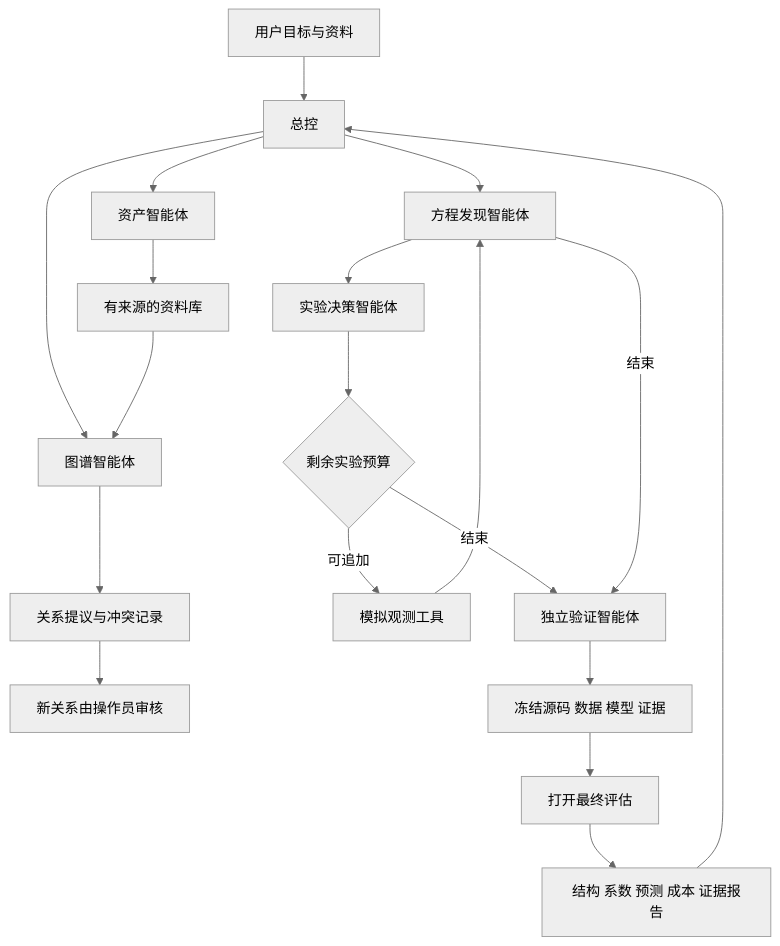
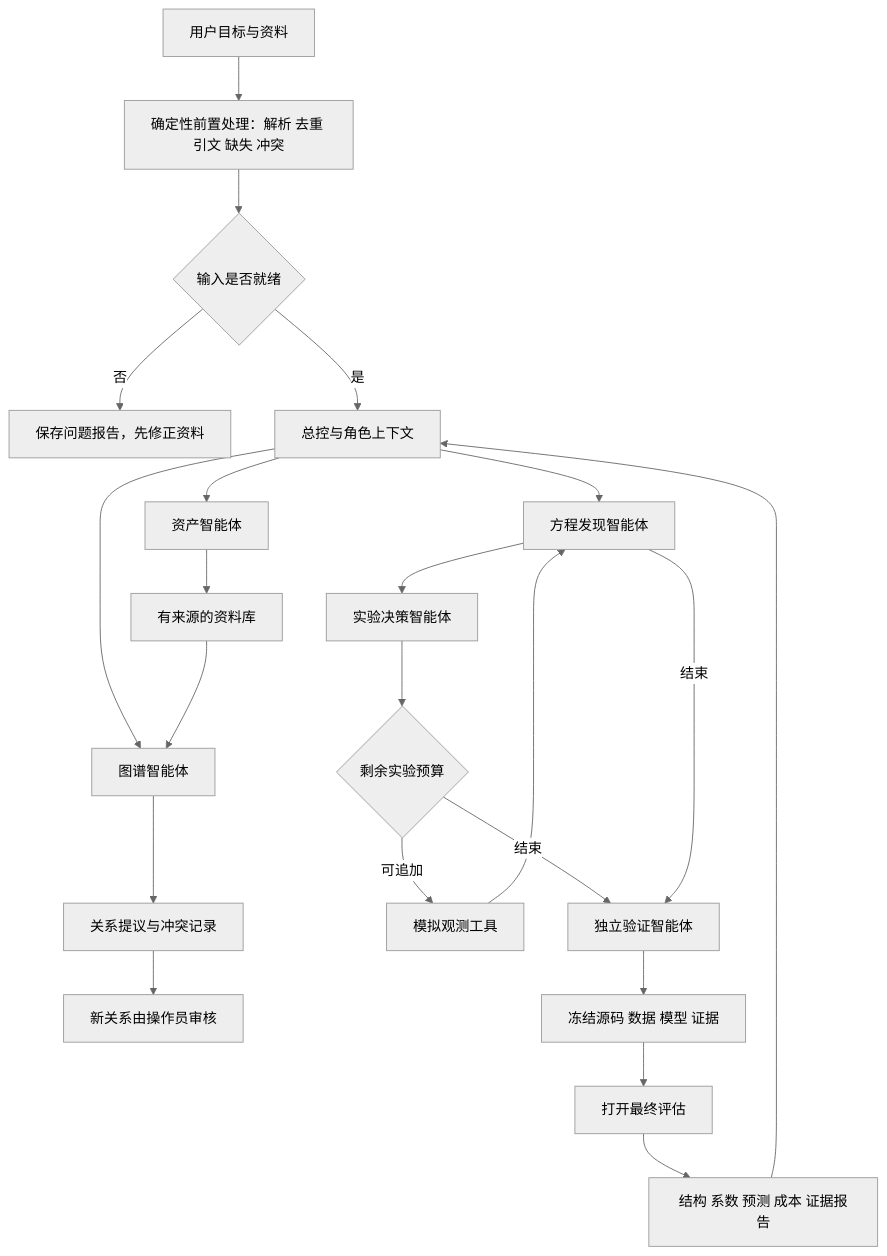
One commit to wangyu-raincat/PDE-is-all-you-need changed the diagram in NEXENT_README.md. Above: the diagram before and after it, drawn with Mermaid (neutral theme). The commit also changed other lines of this file and 96 other files, not shown here.

````diff
--- a/NEXENT_README.md
+++ b/NEXENT_README.md
@@ -42,21 +68,24 @@
 ```mermaid
 flowchart TD
-    U[用户目标与资料] --> C[总控]
+    U[用户目标与资料] --> I[确定性前置处理：解析 去重 引文 缺失 冲突]
+    I --> Q{输入是否就绪}
+    Q -->|否| X[保存问题报告，先修正资料]
+    Q -->|是| C[总控与角色上下文]
     C --> A[资产智能体]
     A --> K[有来源的资料库]
     C --> G[图谱智能体]
     K --> G
     G --> O[关系提议与冲突记录]
     O --> H[新关系由操作员审核]
     C --> P[方程发现智能体]
     P --> E[实验决策智能体]
     E --> B{剩余实验预算}
     B -->|可追加| S[模拟观测工具]
     S --> P
     B -->|结束| V[独立验证智能体]
     P -->|结束| V
     V --> F[冻结源码 数据 模型 证据]
     F --> T[打开最终评估]
     T --> R[结构 系数 预测 成本 证据报告]
     R --> C
 ```
````
